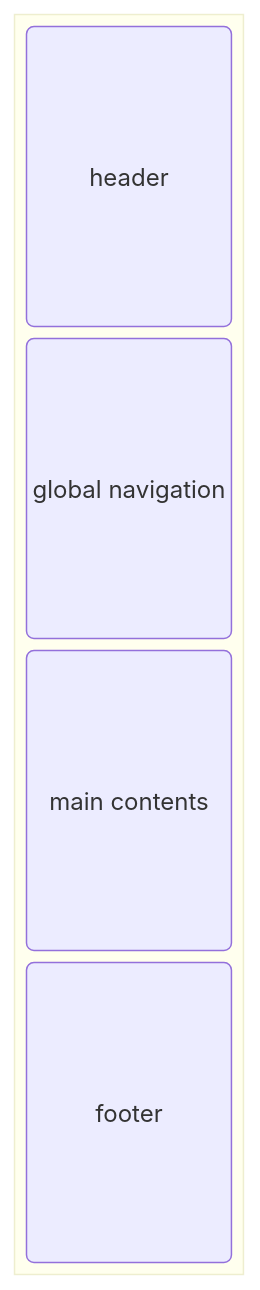
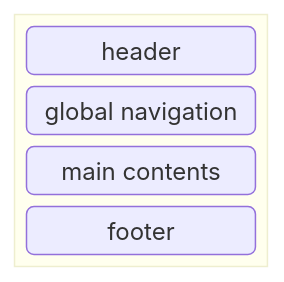
Before and after one commit to osawa-naotaka/hanabijs: the diagram in doc/02.specification/site_specification.md, drawn with Mermaid. The commit also changed 11 other files, not shown here.

````diff
--- a/doc/02.specification/site_specification.md
+++ b/doc/02.specification/site_specification.md
@@ -38,11 +38,10 @@
 ```mermaid
 block-beta
   block
-    columns 1
-    a("header")
-    b("global navigation")
-    c("main contents")
-    d("footer")
+    columns 2
+    a("header"):2
+    b("global navigation"):2
+    c("main contents"):2
+    d("footer"):2
   end
-  style c height:200px
 ```
````
